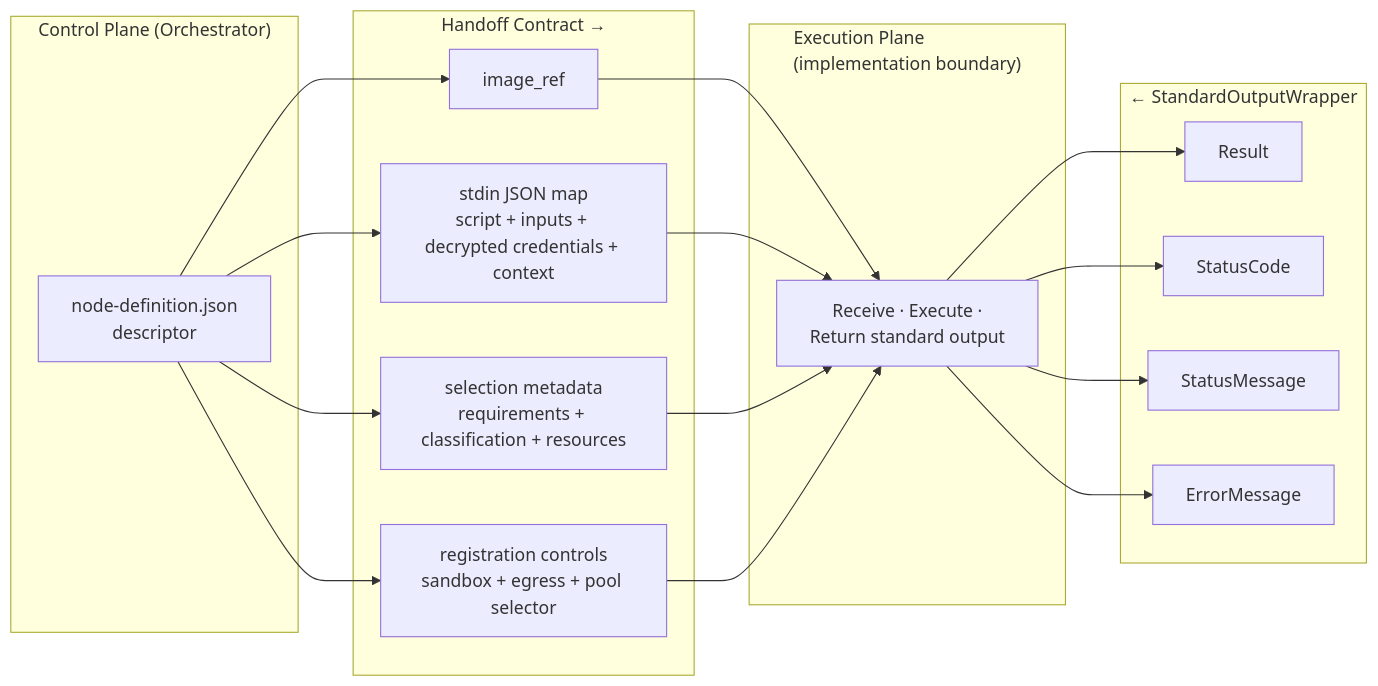
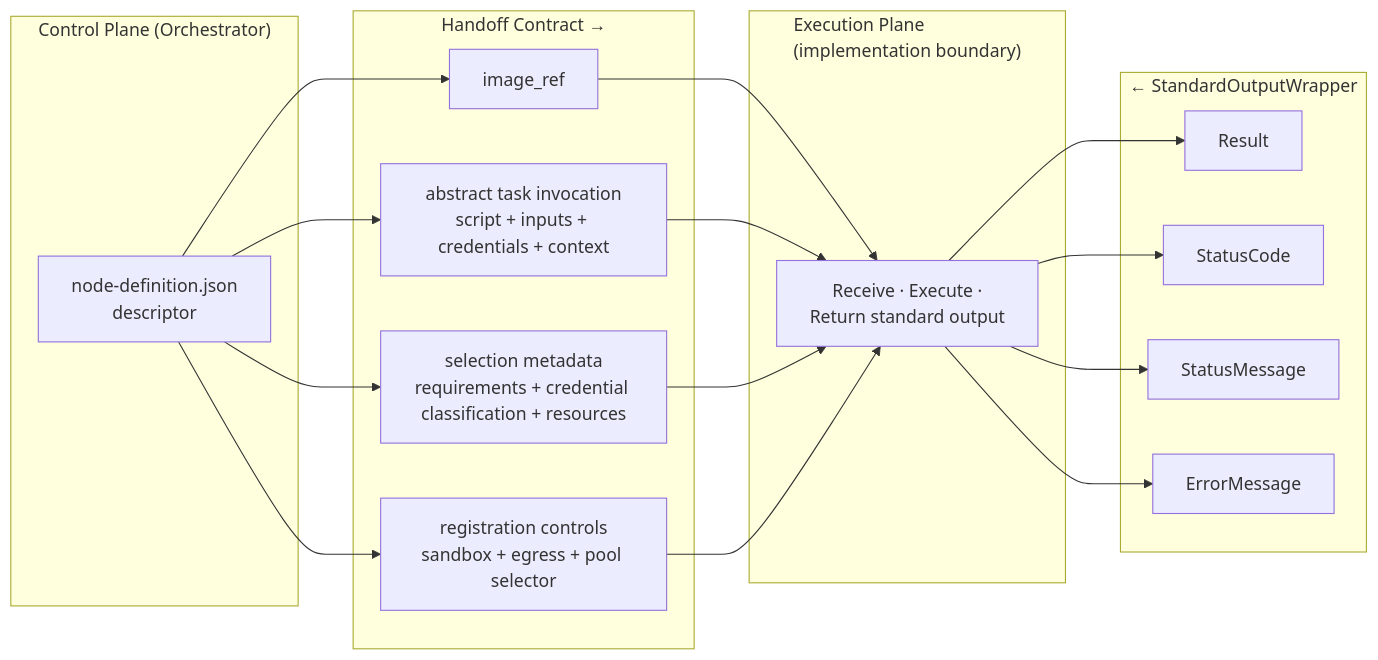
Before and after one commit to syntara-orchestration/syntara-node-sdk: the fourth of 7 diagrams in docs/architecture.md, drawn with Mermaid. The commit also changed other lines of this file and 5 other files, not shown here.

Commit message:
docs: add control plane execution diagrams for nodes and refine credential spec

````diff
--- a/docs/architecture.md
+++ b/docs/architecture.md
@@ -360,33 +404,33 @@
 ```mermaid
 graph LR
     subgraph CONTROL["Control Plane (Orchestrator)"]
         DESC["node-definition.json<br/>descriptor"]
     end
 
     subgraph CONTRACT["Handoff Contract →"]
         C1["image_ref"]
-        C2["stdin JSON map<br/>script + inputs + decrypted credentials + context"]
-        C3["selection metadata<br/>requirements + classification + resources"]
+        C2["abstract task invocation<br/>script + inputs + credentials + context"]
+    C3["selection metadata<br/>requirements + credential classification + resources"]
         C4["registration controls<br/>sandbox + egress + pool selector"]
     end
 
     subgraph PLANE["Execution Plane<br/>(implementation boundary)"]
         BB["Receive · Execute ·<br/>Return standard output"]
     end
 
     subgraph RETURN["← StandardOutputWrapper"]
         R1["Result"]
         R2["StatusCode"]
         R3["StatusMessage"]
         R4["ErrorMessage"]
     end
 
     DESC --> C1 --> BB
     DESC --> C2 --> BB
     DESC --> C3 --> BB
     DESC --> C4 --> BB
     BB --> R1
     BB --> R2
     BB --> R3
     BB --> R4
 ```
````
